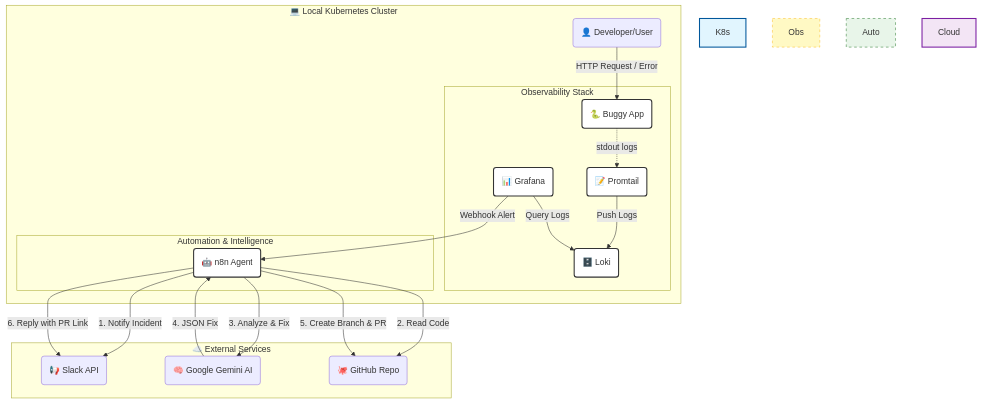
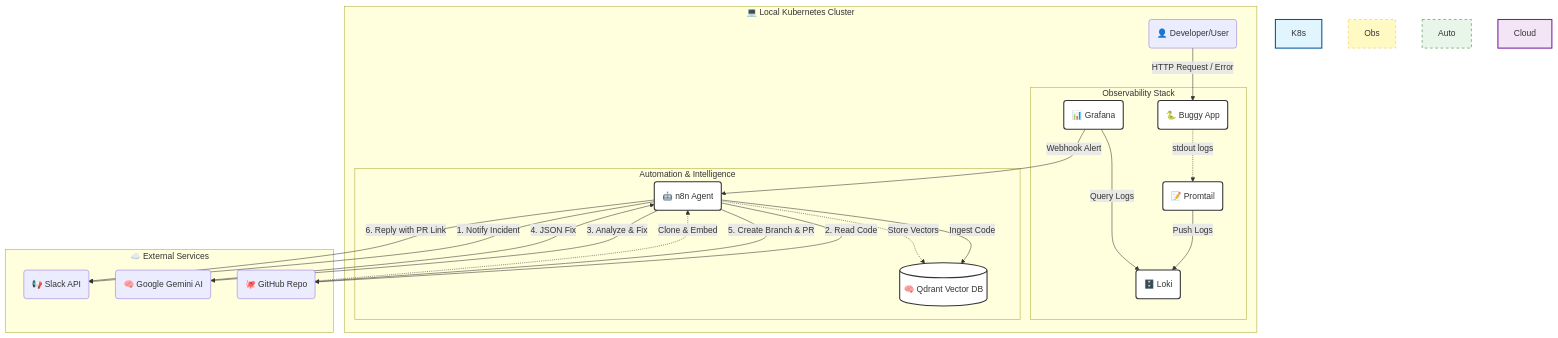
Before and after one commit to germansanz93/ATLAS: the diagram in README.md, drawn with Mermaid. The commit also changed other lines of this file and 1 other file, not shown here.

Commit message:
qdrant ingestion workflow

````diff
--- a/README.md
+++ b/README.md
@@ -58,39 +58,45 @@
 ```mermaid
 graph TD
     subgraph "💻 Local Kubernetes Cluster"
         style K8s fill:#e1f5fe,stroke:#01579b,stroke-width:2px;
         id1(👤 Developer/User) -->|HTTP Request / Error| App(🐍 Buggy App)
         
         subgraph "Observability Stack"
             style Obs fill:#fff9c4,stroke:#fbc02d,stroke-dasharray: 5 5;
             App -.->|stdout logs| Promtail(📝 Promtail)
             Promtail -->|Push Logs| Loki(🗄️ Loki)
             Grafana(📊 Grafana) -->|Query Logs| Loki
         end
 
-        subgraph "Automation & Intelligence"
+    subgraph "Automation & Intelligence"
             style Auto fill:#e8f5e9,stroke:#2e7d32,stroke-dasharray: 5 5;
             n8n(🤖 n8n Agent)
+            Qdrant[(🧠 Qdrant Vector DB)]
         end
         
         Grafana -->|Webhook Alert| n8n
+        n8n -->|Ingest Code| Qdrant
     end
 
     subgraph "☁️ External Services"
         style Cloud fill:#f3e5f5,stroke:#7b1fa2,stroke-width:2px;
         Slack(📢 Slack API)
         Gemini(🧠 Google Gemini AI)
         GitHub(🐙 GitHub Repo)
     end
 
     %% Flow Connections
     n8n -->|1. Notify Incident| Slack
     n8n -->|2. Read Code| GitHub
     n8n -->|3. Analyze & Fix| Gemini
     Gemini -->|4. JSON Fix| n8n
     n8n -->|5. Create Branch & PR| GitHub
     n8n -->|6. Reply with PR Link| Slack
+    
+    %% Ingestion Flow
+    GitHub -.->|Clone & Embed| n8n
+    n8n -.->|Store Vectors| Qdrant
 
     classDef container fill:#ffffff,stroke:#333,stroke-width:2px;
-    class App,Promtail,Loki,Grafana,n8n container;
+    class App,Promtail,Loki,Grafana,n8n,Qdrant container;
 ```
````
